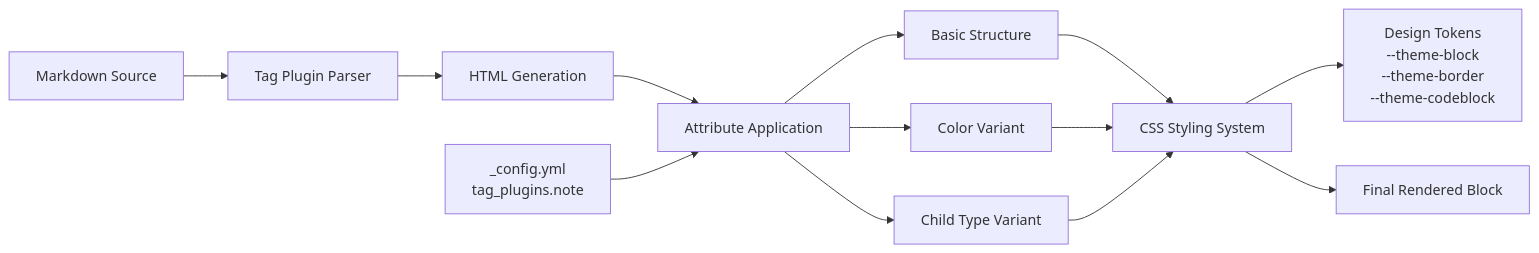
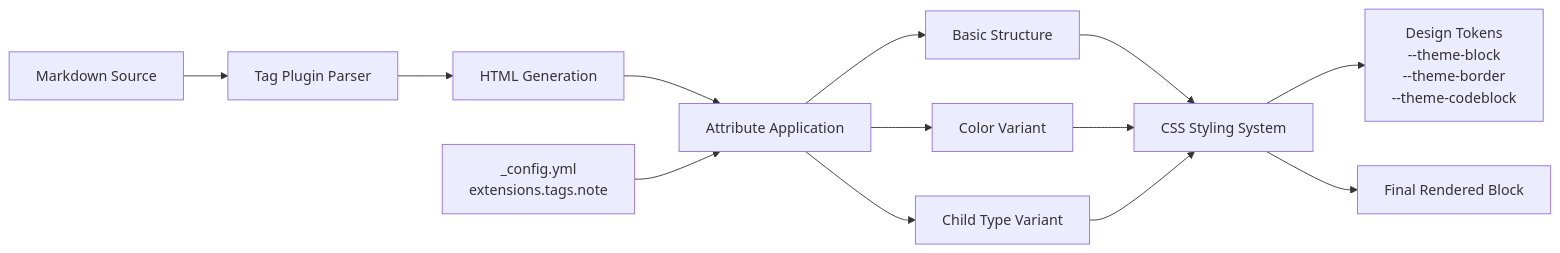
The second of 6 diagrams in docs/knowledge/04-标签插件/note-container-tags.md (xaoxuu/hexo-theme-stellar), drawn with Mermaid before and after one commit. The commit also changed other lines of this file and 124 other files, not shown here.

````diff
--- a/docs/knowledge/04-标签插件/note-container-tags.md
+++ b/docs/knowledge/04-标签插件/note-container-tags.md
@@ -79,19 +79,19 @@
 ```mermaid
 flowchart LR
     MD["Markdown Source"] --> TAG["Tag Plugin Parser"]
     TAG --> HTML["HTML Generation"]
     HTML --> ATTR["Attribute Application"]
     
-    CONFIG["_config.yml<br/>tag_plugins.note"] --> ATTR
+    CONFIG["_config.yml<br/>extensions.tags.note"] --> ATTR
     
     ATTR --> BASIC["Basic Structure"]
     ATTR --> COLOR["Color Variant"]
     ATTR --> CHILD["Child Type Variant"]
     
     BASIC --> CSS["CSS Styling System"]
     COLOR --> CSS
     CHILD --> CSS
     
     CSS --> TOKENS["Design Tokens<br/>--theme-block<br/>--theme-border<br/>--theme-codeblock"]
     CSS --> RENDER["Final Rendered Block"]
 ```
````
